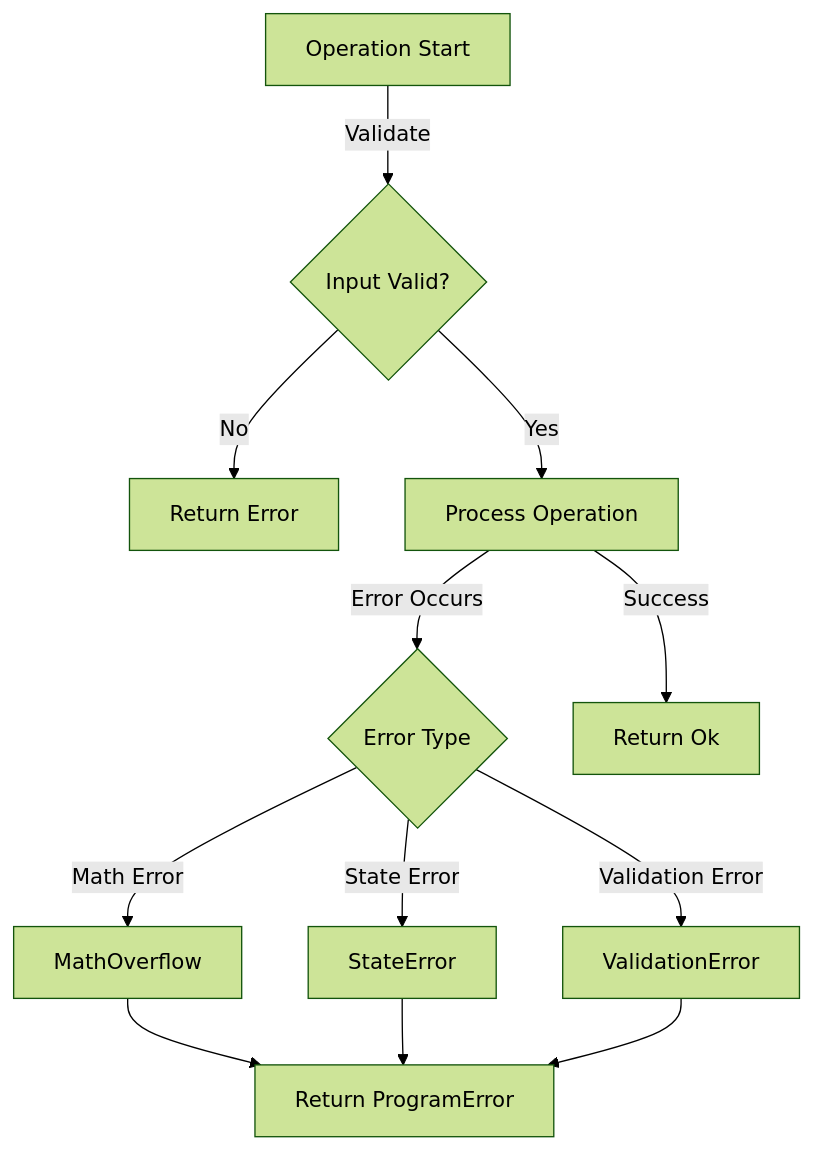
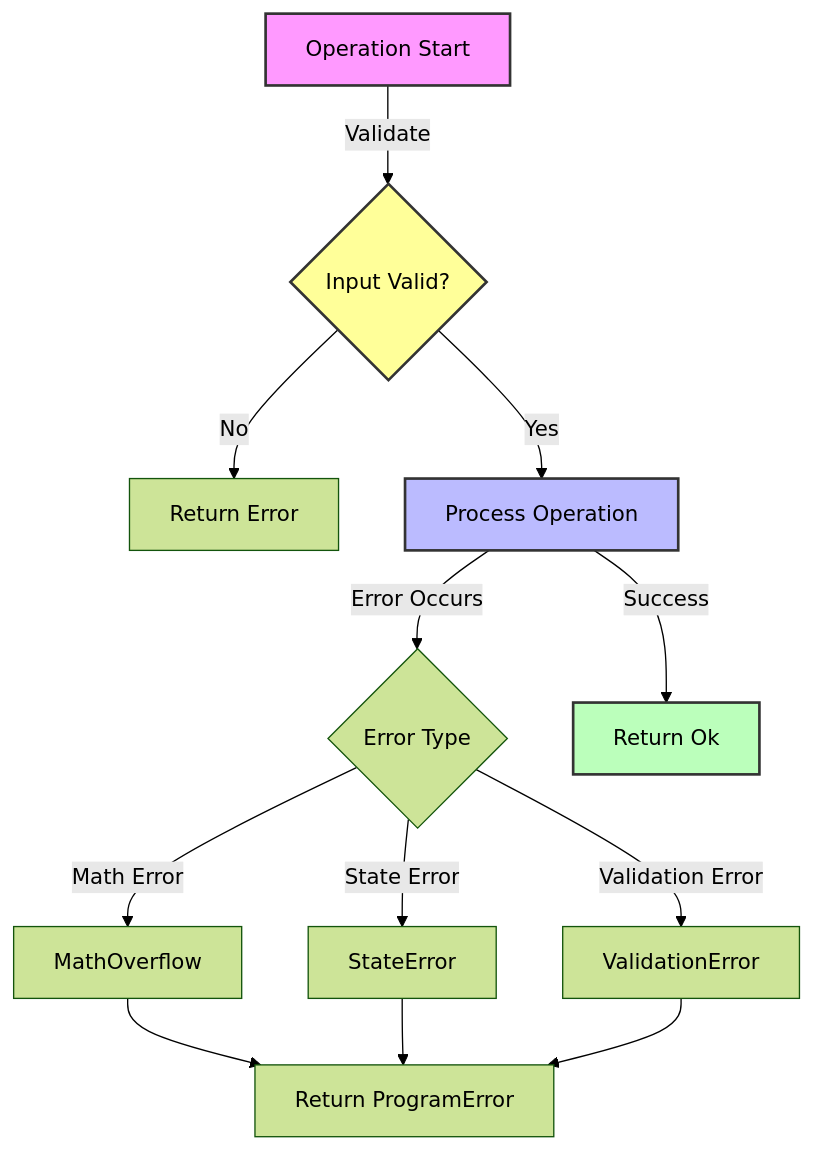
One commit to twannasleep/simple-token-exchange changed the fifth of 5 diagrams in docs/code-workflow.md. Above: the diagram before and after it, drawn with Mermaid (forest theme). The commit also changed other lines of this file and 4 other files, not shown here.

````diff
--- a/docs/code-workflow.md
+++ b/docs/code-workflow.md
@@ -234,14 +266,19 @@
 ```mermaid
 graph TD
     A[Operation Start] -->|Validate| B{Input Valid?}
     B -->|No| C[Return Error]
     B -->|Yes| D[Process Operation]
     D -->|Error Occurs| E{Error Type}
     E -->|Math Error| F[MathOverflow]
     E -->|State Error| G[StateError]
     E -->|Validation Error| H[ValidationError]
     F -->I[Return ProgramError]
     G -->I
     H -->I
     D -->|Success| J[Return Ok]
+
+    style A fill:#f9f,stroke:#333,stroke-width:2px
+    style B fill:#ff9,stroke:#333,stroke-width:2px
+    style D fill:#bbf,stroke:#333,stroke-width:2px
+    style J fill:#bfb,stroke:#333,stroke-width:2px
 ```
````
